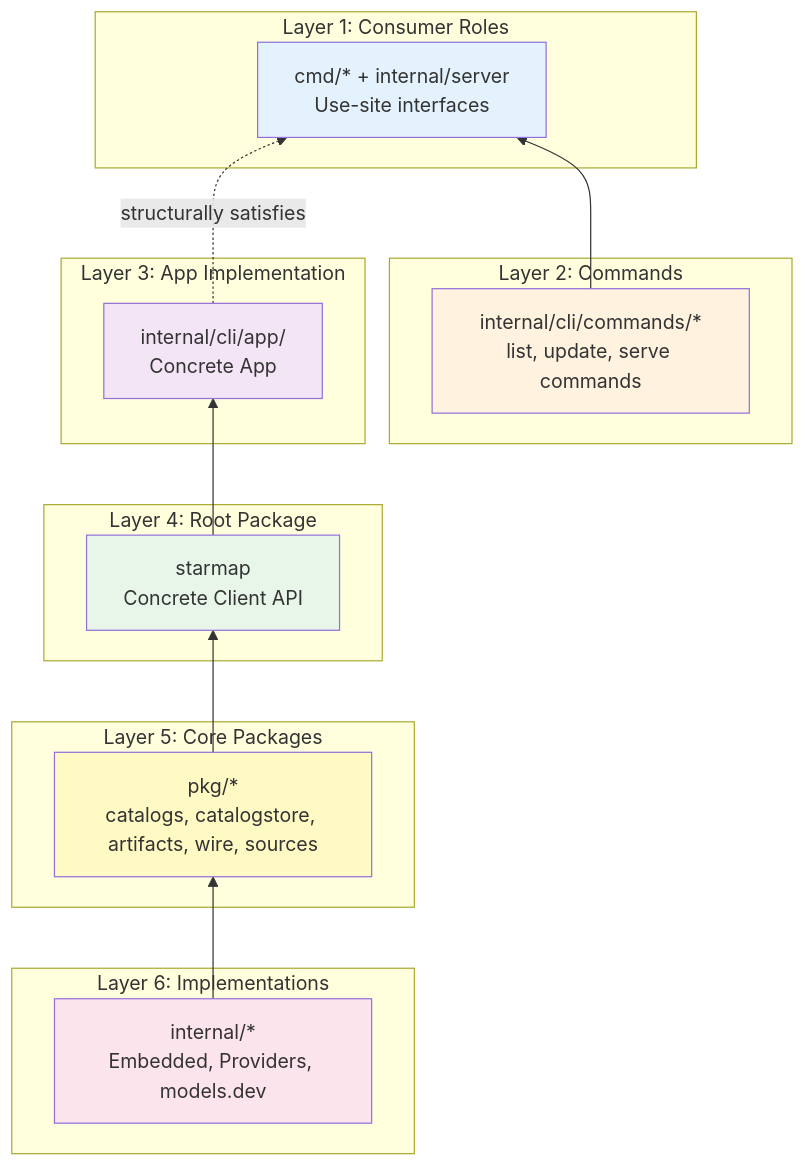
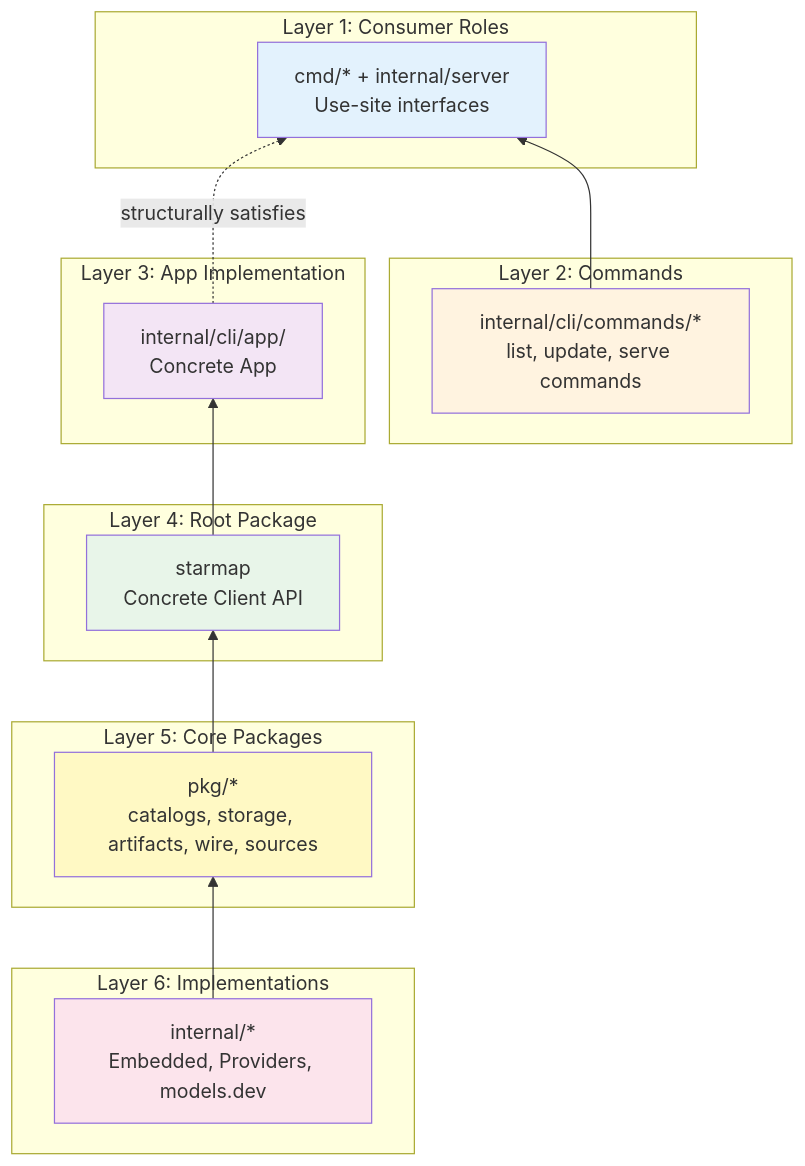
One commit to agentstation/starmap changed the eighth of 8 diagrams in docs/ARCHITECTURE.md. Above: the diagram before and after it, drawn with Mermaid. The commit also changed other lines of this file and 75 other files, not shown here.

Commit message:
refactor: move catalog storage under catalogs

````diff
--- a/docs/ARCHITECTURE.md
+++ b/docs/ARCHITECTURE.md
@@ -2177,39 +2177,39 @@
 ```mermaid
 graph BT
     subgraph "Layer 6: Implementations"
         INT[internal/*<br/>Embedded, Providers, models.dev]
     end
 
     subgraph "Layer 5: Core Packages"
-        PKG[pkg/*<br/>catalogs, catalogstore, artifacts, wire, sources]
+        PKG[pkg/*<br/>catalogs, storage, artifacts, wire, sources]
     end
 
     subgraph "Layer 4: Root Package"
         ROOT[starmap<br/>Concrete Client API]
     end
 
     subgraph "Layer 3: App Implementation"
         APPIMPL[internal/cli/app/<br/>Concrete App]
     end
 
     subgraph "Layer 2: Commands"
         CMDS[internal/cli/commands/*<br/>list, update, serve commands]
     end
 
     subgraph "Layer 1: Consumer Roles"
         APPIF[cmd/* + internal/server<br/>Use-site interfaces]
     end
 
     INT --> PKG
     PKG --> ROOT
     ROOT --> APPIMPL
     APPIMPL -.structurally satisfies.-> APPIF
     CMDS --> APPIF
 
     style APPIF fill:#e3f2fd
     style CMDS fill:#fff3e0
     style APPIMPL fill:#f3e5f5
     style ROOT fill:#e8f5e9
     style PKG fill:#fff9c4
     style INT fill:#fce4ec
 ```
````
